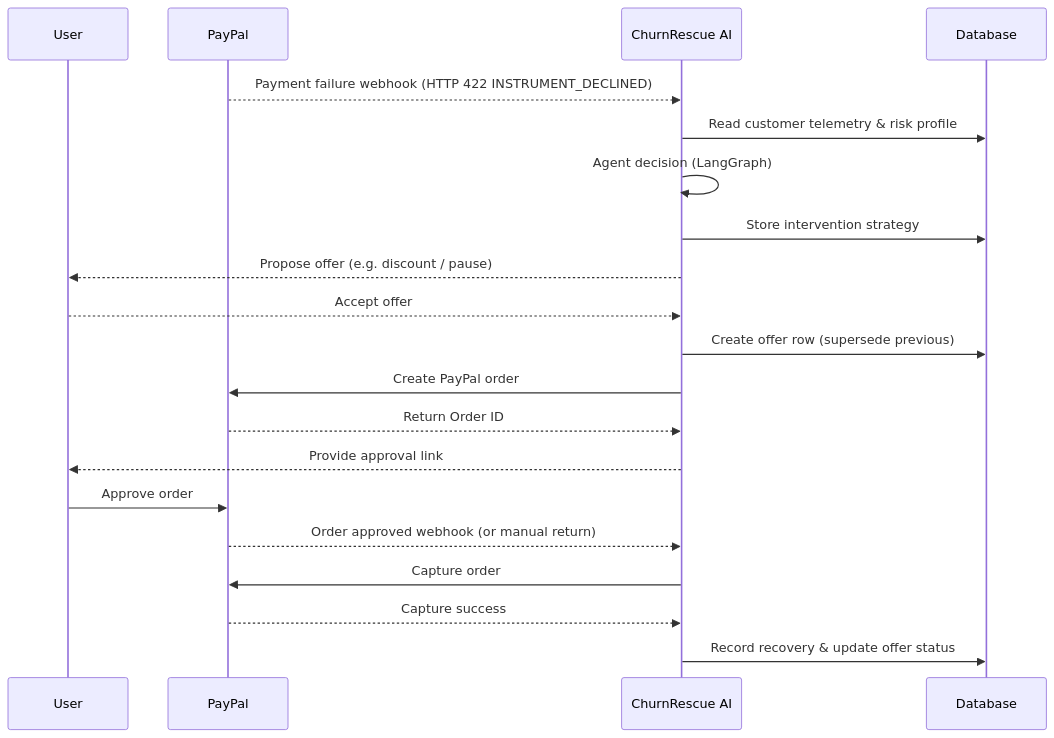
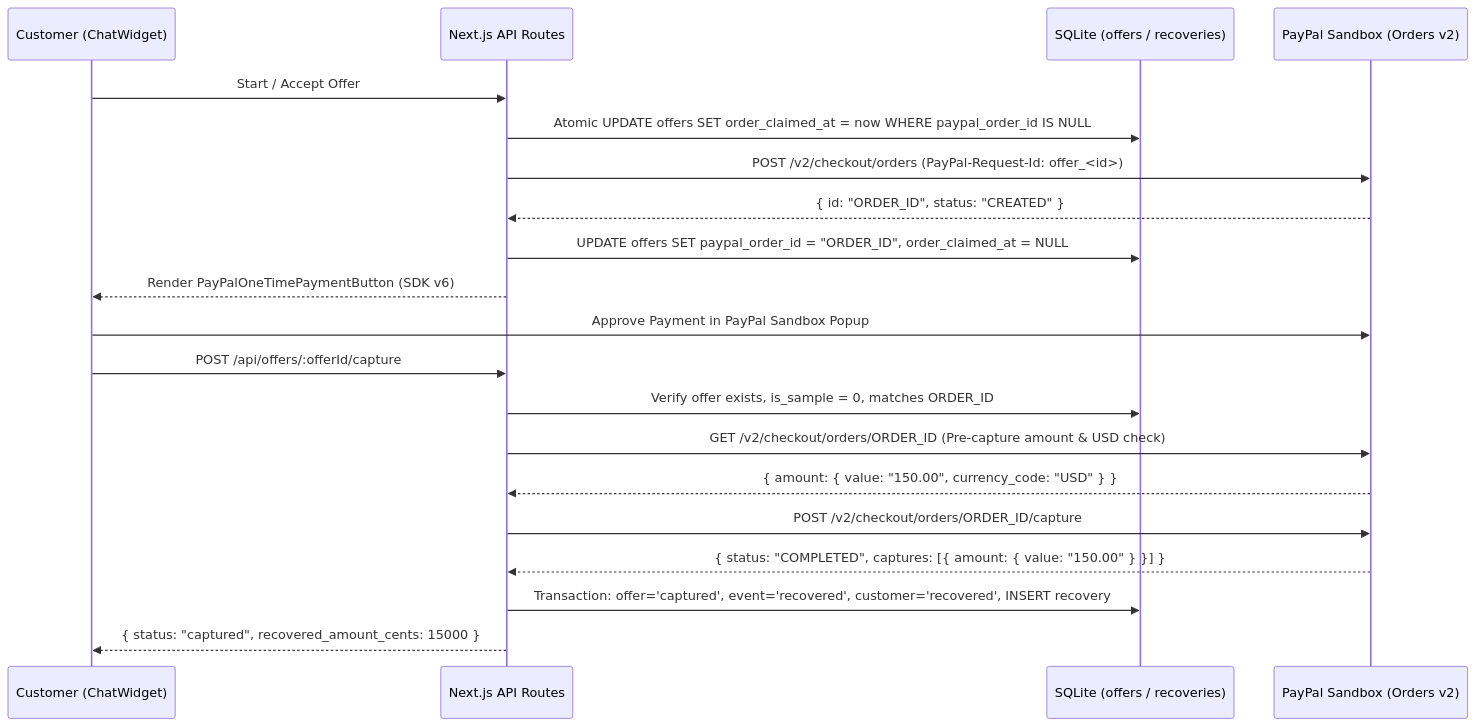
One commit to Abhinav-2002/churnrescue-ai changed the second of 2 diagrams in docs/ARCHITECTURE.md. Above: the diagram before and after it, drawn with Mermaid. The commit also changed other lines of this file and 5 other files, not shown here.

Commit message:
docs(r5-docs): complete README, CLAIMS matrix, ARCHITECTURE, INVARIANTS, and TESTING docs

````diff
--- a/docs/ARCHITECTURE.md
+++ b/docs/ARCHITECTURE.md
@@ -3,23 +74,23 @@
 ```mermaid
 sequenceDiagram
-    participant User
-    participant PayPal
-    participant Agent as ChurnRescue AI
-    participant DB as Database
+    participant User as Customer (ChatWidget)
+    participant App as Next.js API Routes
+    participant DB as SQLite (offers / recoveries)
+    participant PP as PayPal Sandbox (Orders v2)
 
-    PayPal-->>Agent: Payment failure webhook (HTTP 422 INSTRUMENT_DECLINED)
-    Agent->>DB: Read customer telemetry & risk profile
-    Agent->>Agent: Agent decision (LangGraph)
-    Agent->>DB: Store intervention strategy
-    Agent-->>User: Propose offer (e.g. discount / pause)
-    User-->>Agent: Accept offer
-    Agent->>DB: Create offer row (supersede previous)
-    Agent->>PayPal: Create PayPal order
-    PayPal-->>Agent: Return Order ID
-    Agent-->>User: Provide approval link
-    User->>PayPal: Approve order
-    PayPal-->>Agent: Order approved webhook (or manual return)
-    Agent->>PayPal: Capture order
-    PayPal-->>Agent: Capture success
-    Agent->>DB: Record recovery & update offer status
+    User->>App: Start / Accept Offer
+    App->>DB: Atomic UPDATE offers SET order_claimed_at = now WHERE paypal_order_id IS NULL
+    App->>PP: POST /v2/checkout/orders (PayPal-Request-Id: offer_<id>)
+    PP-->>App: { id: "ORDER_ID", status: "CREATED" }
+    App->>DB: UPDATE offers SET paypal_order_id = "ORDER_ID", order_claimed_at = NULL
+    App-->>User: Render PayPalOneTimePaymentButton (SDK v6)
+    User->>PP: Approve Payment in PayPal Sandbox Popup
+    User->>App: POST /api/offers/:offerId/capture
+    App->>DB: Verify offer exists, is_sample = 0, matches ORDER_ID
+    App->>PP: GET /v2/checkout/orders/ORDER_ID (Pre-capture amount & USD check)
+    PP-->>App: { amount: { value: "150.00", currency_code: "USD" } }
+    App->>PP: POST /v2/checkout/orders/ORDER_ID/capture
+    PP-->>App: { status: "COMPLETED", captures: [{ amount: { value: "150.00" } }] }
+    App->>DB: Transaction: offer='captured', event='recovered', customer='recovered', INSERT recovery
+    App-->>User: { status: "captured", recovered_amount_cents: 15000 }
 ```
````
